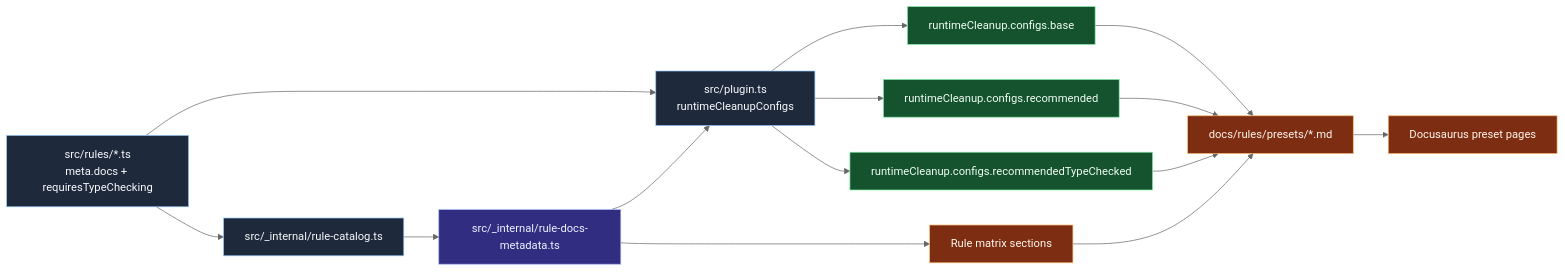
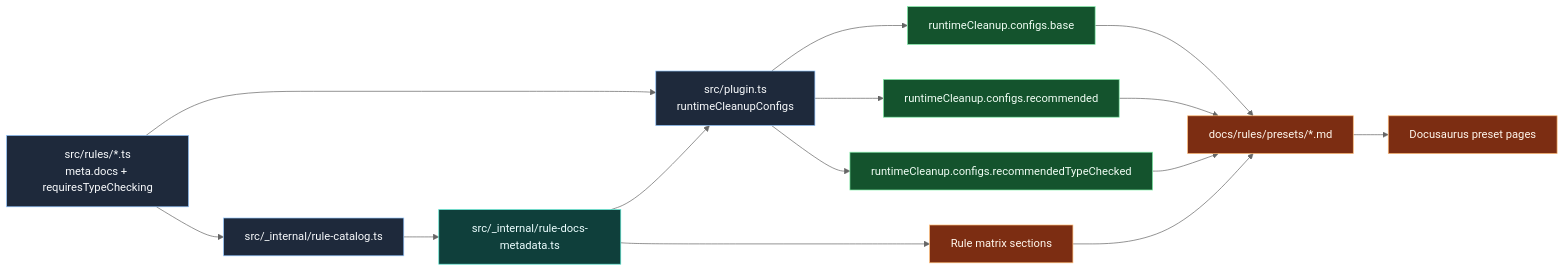
One commit to Nick2bad4u/eslint-plugin-runtime-cleanup changed the diagram in docs/docusaurus/site-docs/developer/charts/preset-composition-and-rule-matrix.md. Above: the diagram before and after it, drawn with Mermaid (neutral theme). The commit also changed 46 other files, not shown here.

````diff
--- a/docs/docusaurus/site-docs/developer/charts/preset-composition-and-rule-matrix.md
+++ b/docs/docusaurus/site-docs/developer/charts/preset-composition-and-rule-matrix.md
@@ -11,39 +11,39 @@
 ```mermaid
 flowchart LR
     classDef source fill:#1e293b,stroke:#93c5fd,color:#f8fafc,stroke-width:1px
-    classDef meta fill:#312e81,stroke:#a5b4fc,color:#eef2ff,stroke-width:1px
+    classDef meta fill:#0f3f3b,stroke:#5eead4,color:#ecfeff,stroke-width:1px
     classDef preset fill:#14532d,stroke:#86efac,color:#f0fdf4,stroke-width:1px
     classDef docs fill:#7c2d12,stroke:#fdba74,color:#fff7ed,stroke-width:1px
 
     A[src/rules/*.ts\nmeta.docs + requiresTypeChecking]
     B[src/_internal/rule-catalog.ts]
     C[src/_internal/rule-docs-metadata.ts]
     D[src/plugin.ts\nruntimeCleanupConfigs]
 
     E[runtimeCleanup.configs.base]
     F[runtimeCleanup.configs.recommended]
     G[runtimeCleanup.configs.recommendedTypeChecked]
 
     H[docs/rules/presets/*.md]
     I[Rule matrix sections]
     J[Docusaurus preset pages]
 
     A --> B --> C
     A --> D
     C --> D
 
     D --> E
     D --> F
     D --> G
 
     E --> H
     F --> H
     G --> H
     C --> I
     I --> H --> J
 
     class A,B,D source
     class C meta
     class E,F,G preset
     class H,I,J docs
 ```
````
